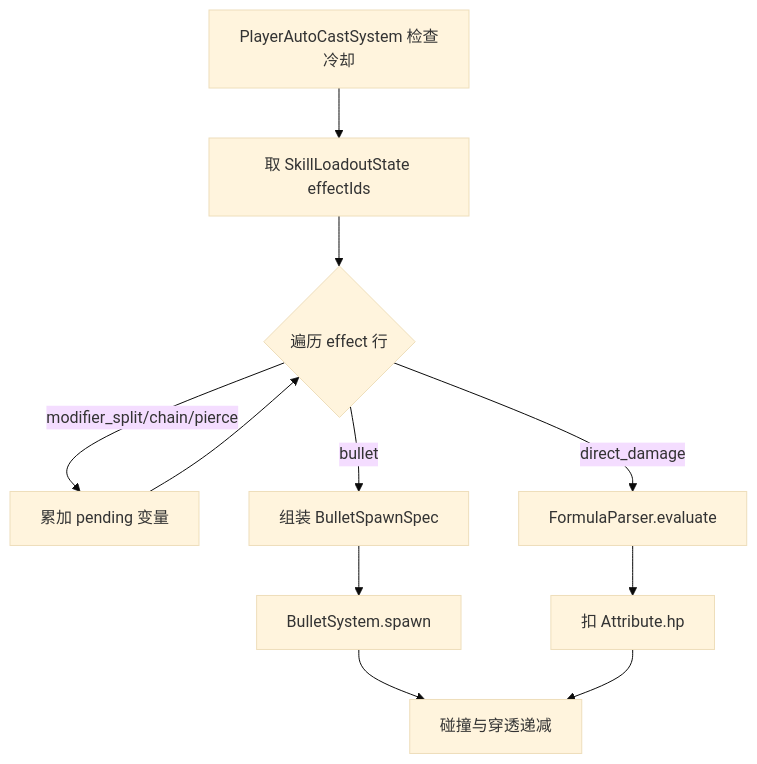
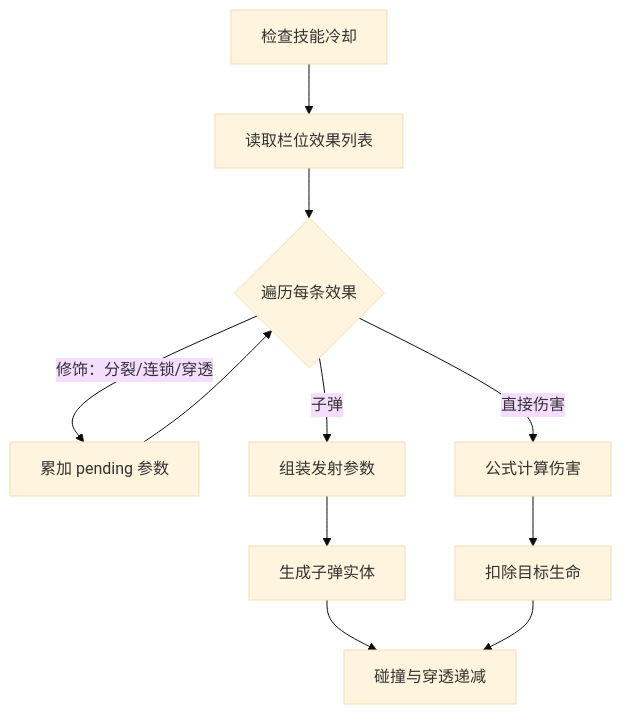
One commit to kir123456-1q/Survivor-And-Fight changed the fifth of 11 diagrams in SurvivorAndFight/docs/答辩PPT大纲.md. Above: the diagram before and after it, drawn with Mermaid (base theme). The commit also changed other lines of this file and 17 other files, not shown here.

````diff
--- a/SurvivorAndFight/docs/答辩PPT大纲.md
+++ b/SurvivorAndFight/docs/答辩PPT大纲.md
@@ -322,13 +348,13 @@
 ```mermaid
 flowchart TD
-  A[PlayerAutoCastSystem 检查冷却] --> B[取 SkillLoadoutState effectIds]
-  B --> C{遍历 effect 行}
-  C -->|modifier_split/chain/pierce| D[累加 pending 变量]
-  C -->|bullet| E[组装 BulletSpawnSpec]
-  E --> F[BulletSystem.spawn]
-  C -->|direct_damage| G[FormulaParser.evaluate]
-  G --> H[扣 Attribute.hp]
+  A[检查技能冷却] --> B[读取栏位效果列表]
+  B --> C{遍历每条效果}
+  C -->|修饰：分裂/连锁/穿透| D[累加 pending 参数]
+  C -->|子弹| E[组装发射参数]
+  E --> F[生成子弹实体]
+  C -->|直接伤害| G[公式计算伤害]
+  G --> H[扣除目标生命]
   D --> C
   F --> I[碰撞与穿透递减]
   H --> I
 ```
````
